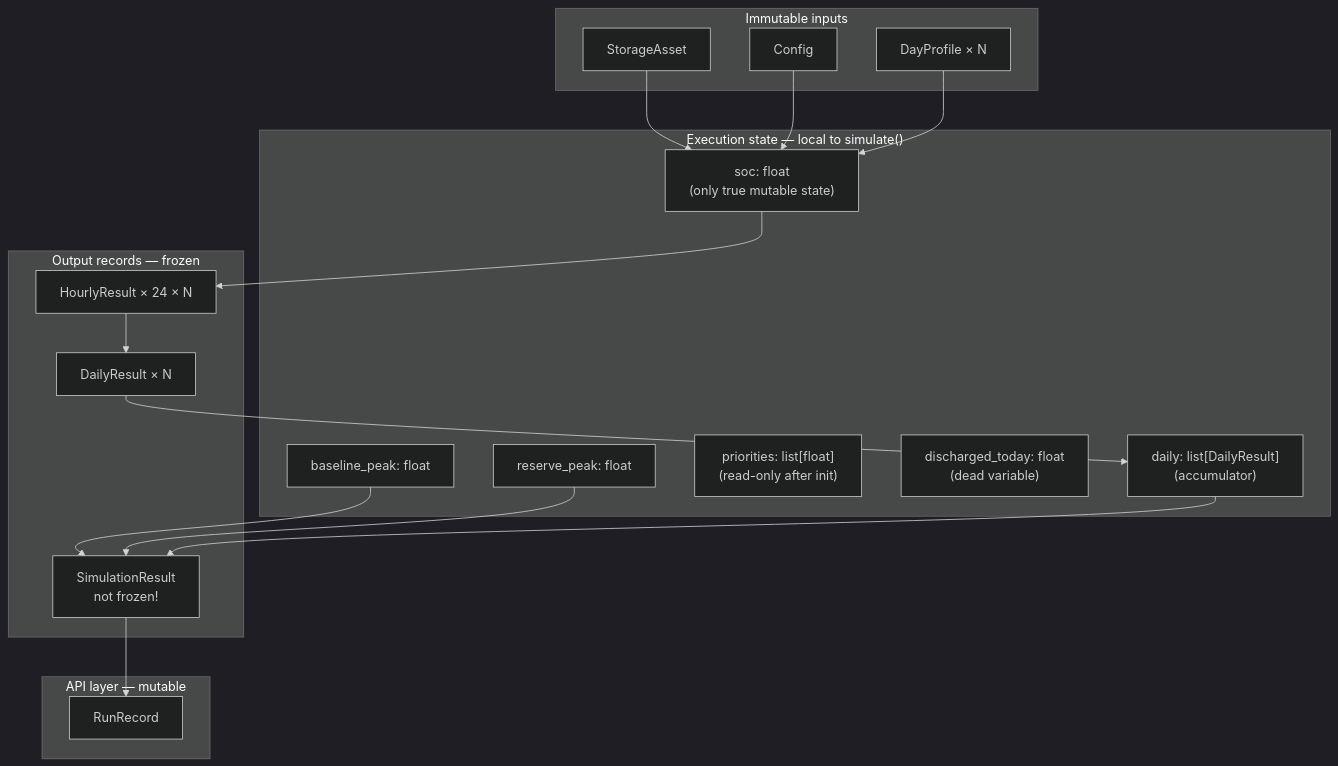
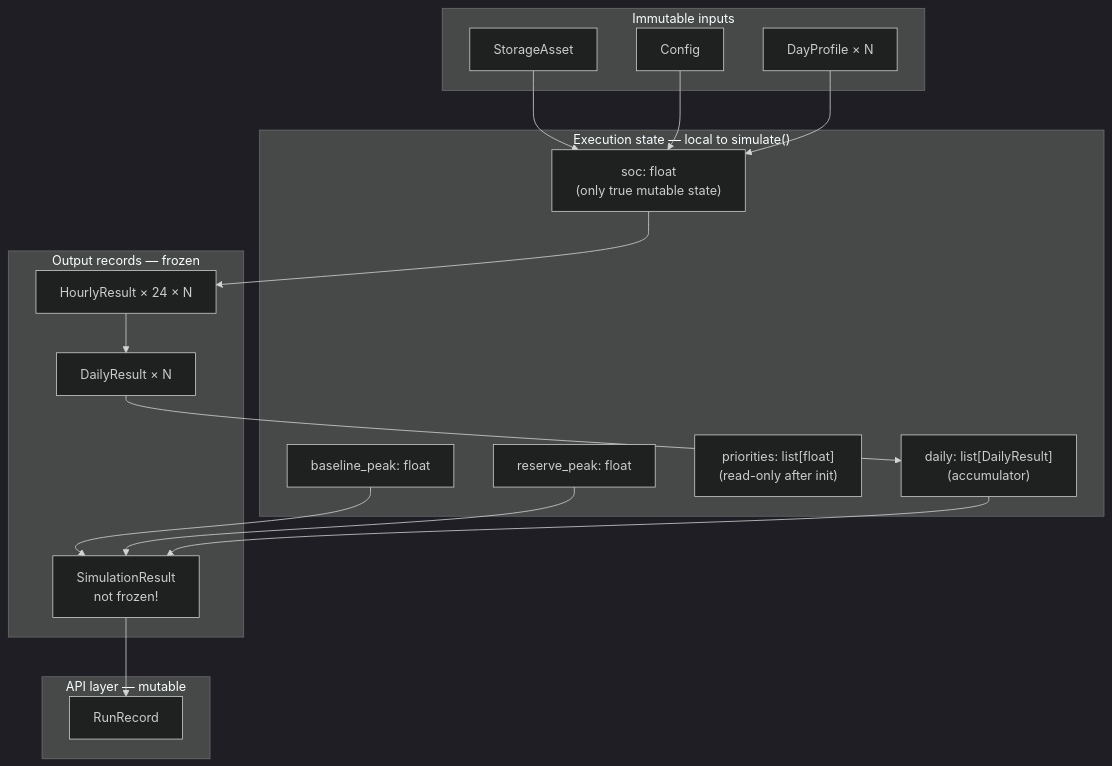
The diagram in docs/STATE_MODEL.md (palism1/offshore-wind-poc), drawn with Mermaid (dark theme) before and after one commit. The commit also changed other lines of this file and 6 other files, not shown here.

````diff
--- a/docs/STATE_MODEL.md
+++ b/docs/STATE_MODEL.md
@@ -115,34 +114,33 @@
 ```mermaid
 graph TD
     subgraph "Immutable inputs"
         SA[StorageAsset]
         CFG[Config]
         DP[DayProfile × N]
     end
 
     subgraph "Execution state — local to simulate()"
         SOC["soc: float\n(only true mutable state)"]
         BP["baseline_peak: float"]
         RP["reserve_peak: float"]
         PRI["priorities: list[float]\n(read-only after init)"]
-        DT["discharged_today: float\n(dead variable)"]
         ACC["daily: list[DailyResult]\n(accumulator)"]
     end
 
     subgraph "Output records — frozen"
         HR[HourlyResult × 24 × N]
         DR[DailyResult × N]
         SR[SimulationResult\nnot frozen!]
     end
 
     subgraph "API layer — mutable"
         RR[RunRecord]
     end
 
     SA & CFG & DP --> SOC
     SOC --> HR
     HR --> DR
     DR --> ACC
     BP & RP & ACC --> SR
     SR --> RR
 ```
````
